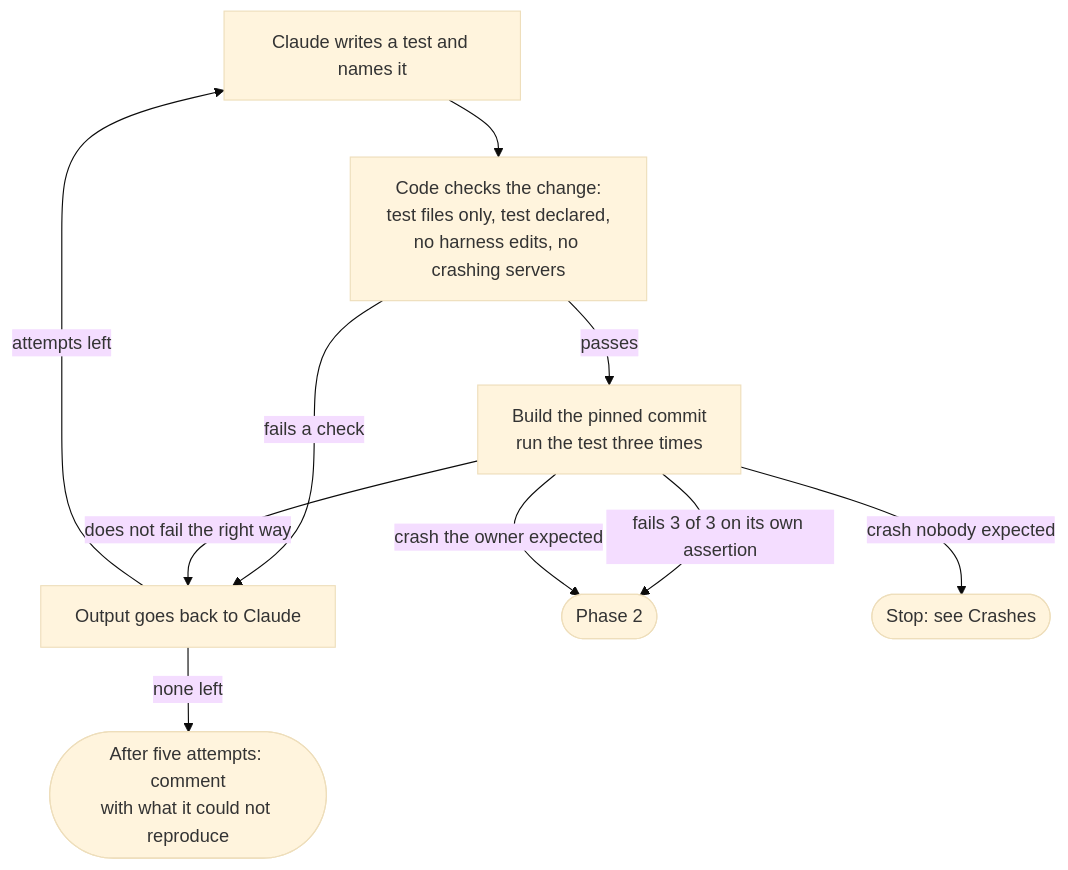
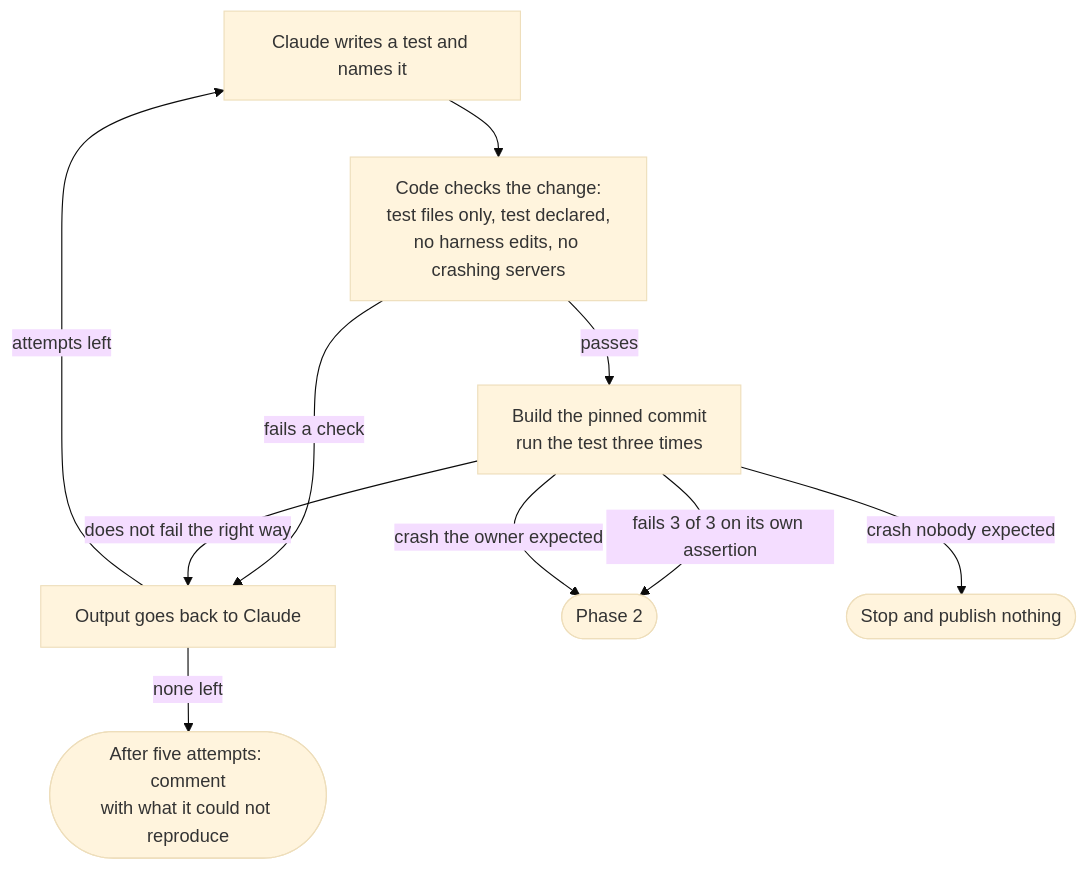
One commit to sarthakaggarwal97/valkey-ci-agent changed the second of 5 diagrams in docs/design/software-factory.md. Above: the diagram before and after it, drawn with Mermaid (base theme). The commit also changed other lines of this file, not shown here.

````diff
--- a/docs/design/software-factory.md
+++ b/docs/design/software-factory.md
@@ -55,19 +55,19 @@
 ```mermaid
 flowchart TD
     A["Claude writes a test and names it"]
     B["Code checks the change:<br/>test files only, test declared,<br/>no harness edits, no crashing servers"]
     C["Build the pinned commit<br/>run the test three times"]
     R["Output goes back to Claude"]
     N(["After five attempts: comment<br/>with what it could not reproduce"])
     P2(["Phase 2"])
-    S(["Stop: see Crashes"])
+    S(["Stop and publish nothing"])
     A --> B
     B -->|"fails a check"| R
     B -->|"passes"| C
     C -->|"fails 3 of 3 on its own assertion"| P2
     C -->|"does not fail the right way"| R
     C -->|"crash the owner expected"| P2
     C -->|"crash nobody expected"| S
     R -->|"attempts left"| A
     R -->|"none left"| N
 ```
````
